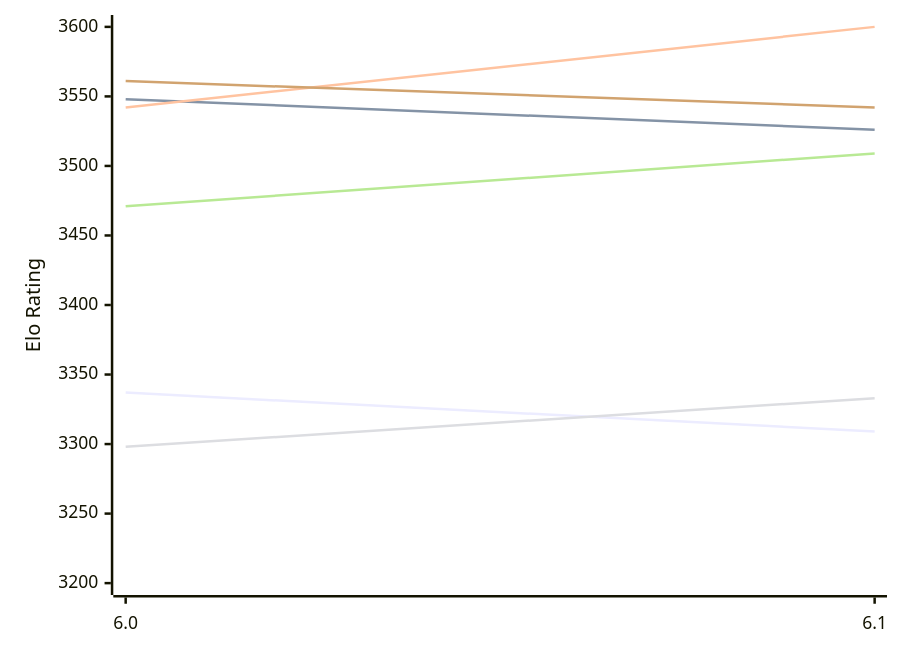
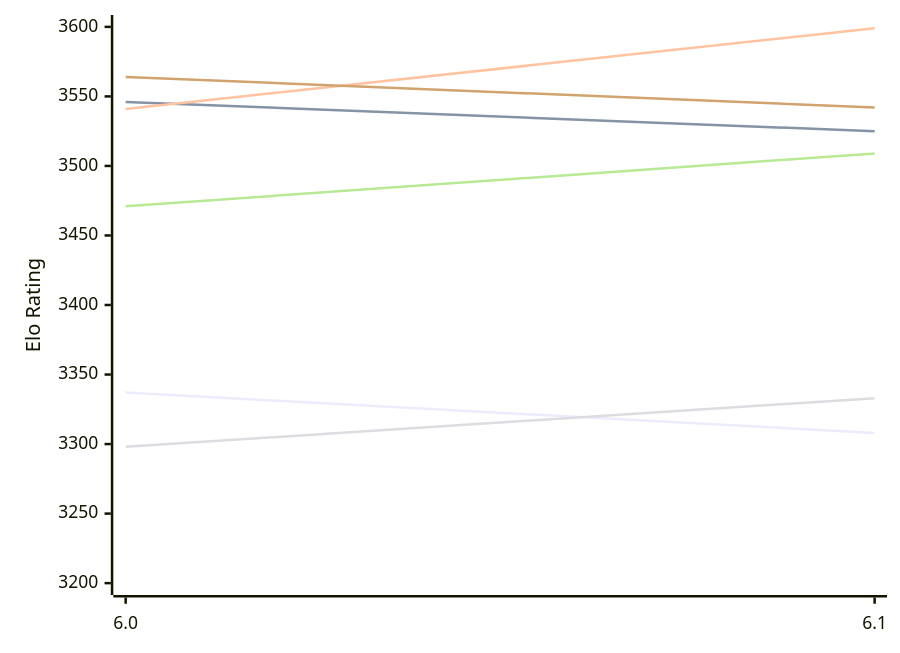
Before and after one commit to computer-chess-index/cci: the first of 2 diagrams in engines/Starzix.md, drawn with Mermaid. The commit also changed other lines of this file, not shown here.

Commit message:
Update CCI Ratings (ELO VLTC) - 2026-11-28

````diff
--- a/engines/Starzix.md
+++ b/engines/Starzix.md
@@ -51,12 +51,12 @@
 ```mermaid
 %%{init: {"theme":"base","themeVariables":{"seriesColors:['#a3a3a3','#222221','#faa371']}}}%%
 xychart-beta
   x-axis ["6.0", "6.1"]
   y-axis "Elo Rating" 3200 --> 3600
-  line "E1: STC (8.0+0.08s)" [3337, 3309]
-  line "E1: LTC (60.0+0.60s)" [3548, 3526]
-  line "E1: VLTC (2m24s+1.12s)" [3542, 3600]
+  line "E1: STC (8.0+0.08s)" [3337, 3308]
+  line "E1: LTC (60.0+0.60s)" [3546, 3525]
+  line "E1: VLTC (2m24s+1.12s)" [3541, 3599]
   line "P1: STC (8.0+0.08s)" [3298, 3333]
   line "P1: LTC (60.0+0.60s)" [3471, 3509]
-  line "P1: VLTC (2m24s+1.12s)" [3561, 3542]
+  line "P1: VLTC (2m24s+1.12s)" [3564, 3542]
 ```
````
